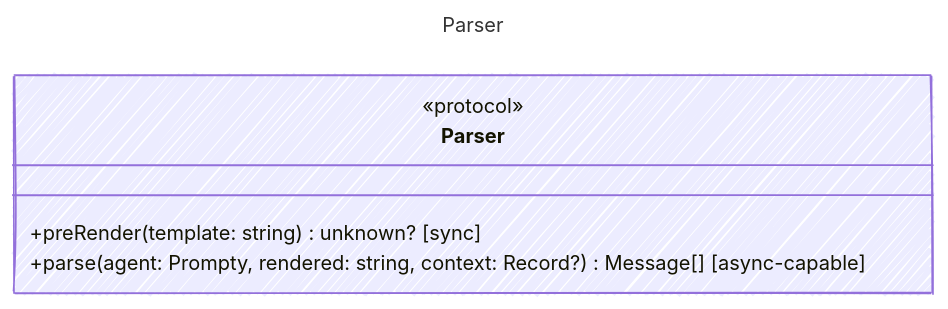
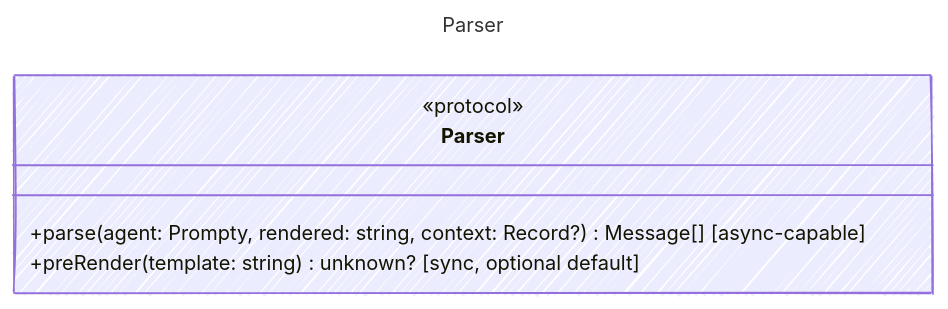
The diagram in web/src/content/docs/reference/Parser.md (microsoft/prompty), drawn with Mermaid before and after one commit. The commit also changed other lines of this file and 1472 other files, not shown here.

````diff
--- a/web/src/content/docs/reference/Parser.md
+++ b/web/src/content/docs/reference/Parser.md
@@ -12,16 +12,16 @@
 ```mermaid
 ---
 title: Parser
 config:
   look: handDrawn
   theme: colorful
   class:
     hideEmptyMembersBox: true
 ---
 classDiagram
     class Parser {
       <<protocol>>
-        +preRender(template: string) unknown? [sync]
         +parse(agent: Prompty, rendered: string, context: Record<unknown>?) Message[] [async-capable]
+        +preRender(template: string) unknown? [sync, optional default]
     }
 ```
````
